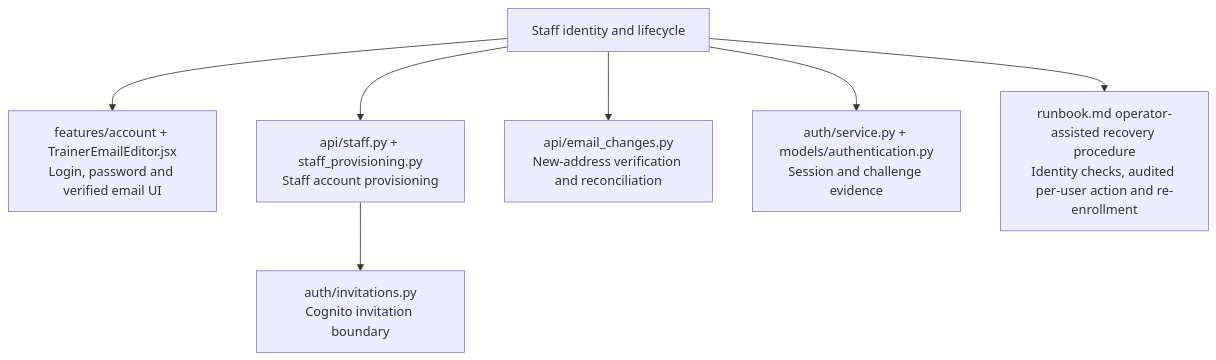
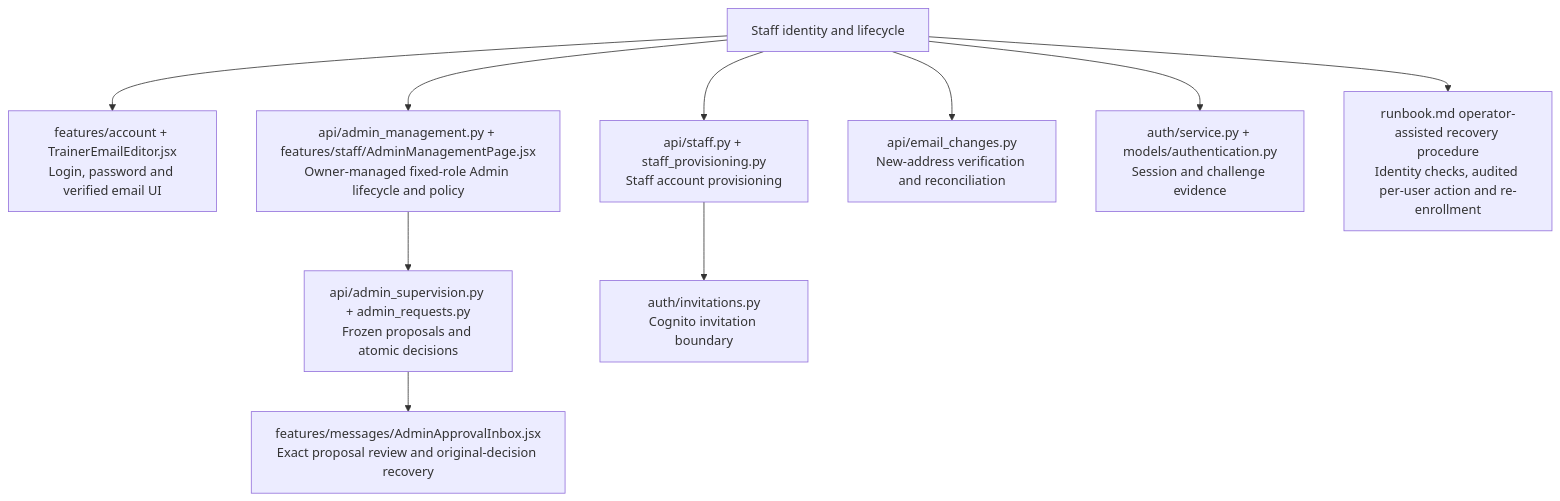
Before and after one commit to LimYouSheng/FitfinityReact: the seventh of 21 diagrams in docs/code-owners/index.md, drawn with Mermaid. The commit also changed other lines of this file and 219 other files, not shown here.

First line of the commit message:
Implement Admin approvals, independent packages and recording recovery (#116)

````diff
--- a/docs/code-owners/index.md
+++ b/docs/code-owners/index.md
@@ -120,10 +120,13 @@
 ```mermaid
 flowchart TB
 Account["Staff identity and lifecycle"]
   Account --> UI["features/account + TrainerEmailEditor.jsx<br/>Login, password and verified email UI"]
+  Account --> Admin["api/admin_management.py + features/staff/AdminManagementPage.jsx<br/>Owner-managed fixed-role Admin lifecycle and policy"]
+  Admin --> Review["api/admin_supervision.py + admin_requests.py<br/>Frozen proposals and atomic decisions"]
+  Review --> Inbox["features/messages/AdminApprovalInbox.jsx<br/>Exact proposal review and original-decision recovery"]
   Account --> Invite["api/staff.py + staff_provisioning.py<br/>Staff account provisioning"]
   Invite --> Cognito["auth/invitations.py<br/>Cognito invitation boundary"]
   Account --> Email["api/email_changes.py<br/>New-address verification and reconciliation"]
   Account --> Session["auth/service.py + models/authentication.py<br/>Session and challenge evidence"]
   Account --> Recovery["runbook.md operator-assisted recovery procedure<br/>Identity checks, audited per-user action and re-enrollment"]
 ```
````
